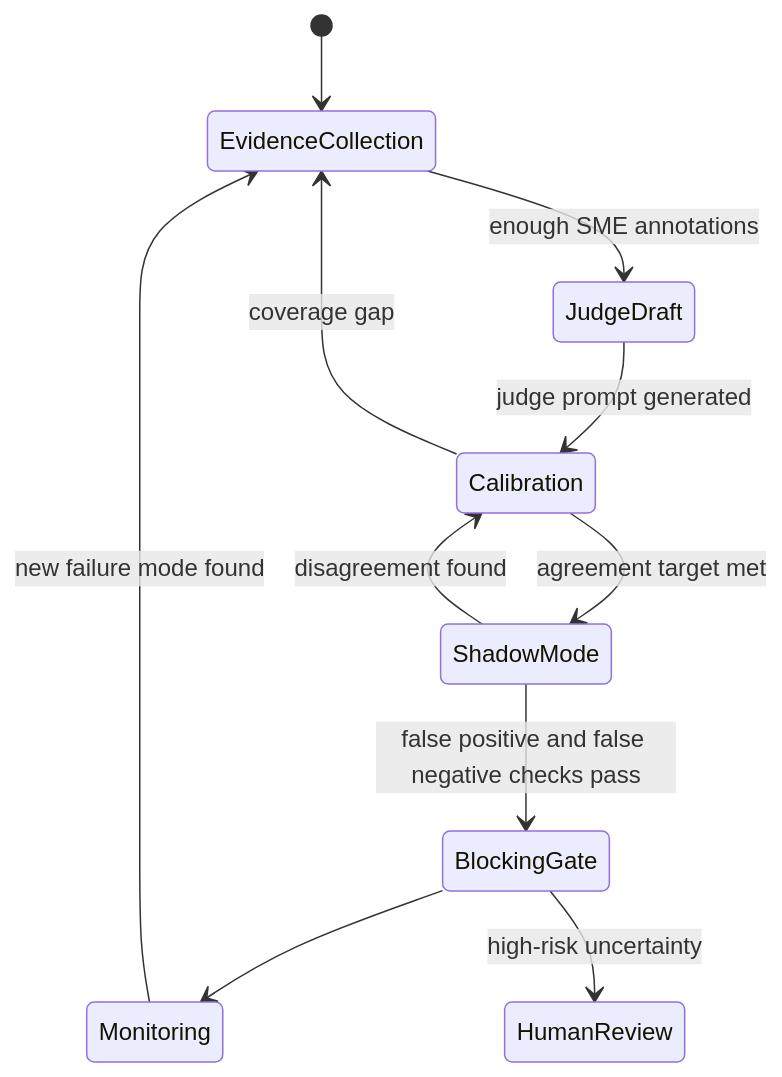
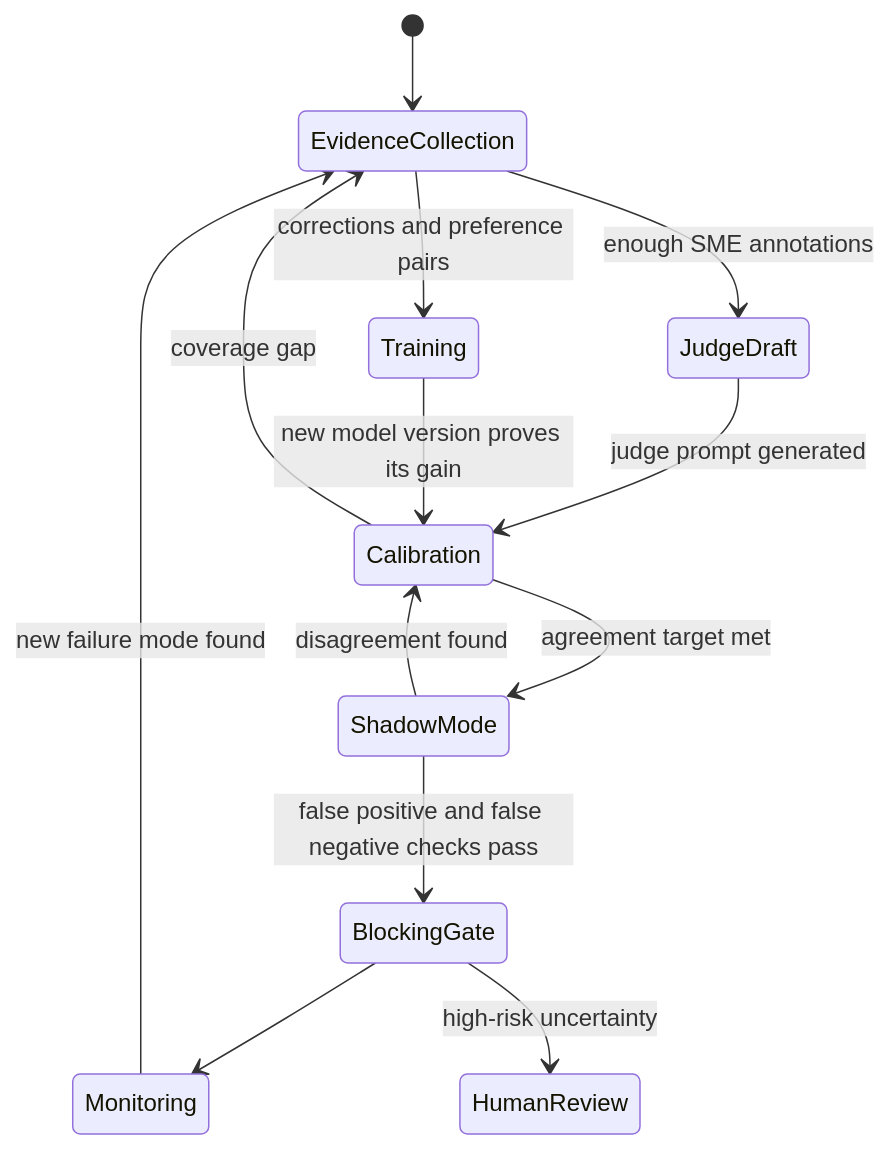
Before and after one commit to aws-samples/sample-GEDD: the seventh of 9 diagrams in README.md, drawn with Mermaid. The commit also changed other lines of this file and 2 other files, not shown here.

First line of the commit message:
Reposition GEDD as evidence -> measure, improve, guard; add DocILE proof point and round-2 SFT/DPO/RL roadmap

````diff
--- a/README.md
+++ b/README.md
@@ -371,14 +416,16 @@
 ```mermaid
 stateDiagram-v2
     [*] --> EvidenceCollection
     EvidenceCollection --> JudgeDraft: enough SME annotations
     JudgeDraft --> Calibration: judge prompt generated
     Calibration --> ShadowMode: agreement target met
     ShadowMode --> BlockingGate: false positive and false negative checks pass
     BlockingGate --> Monitoring
     Monitoring --> EvidenceCollection: new failure mode found
+    EvidenceCollection --> Training: corrections and preference pairs
+    Training --> Calibration: new model version proves its gain
 
     Calibration --> EvidenceCollection: coverage gap
     ShadowMode --> Calibration: disagreement found
     BlockingGate --> HumanReview: high-risk uncertainty
 ```
````
